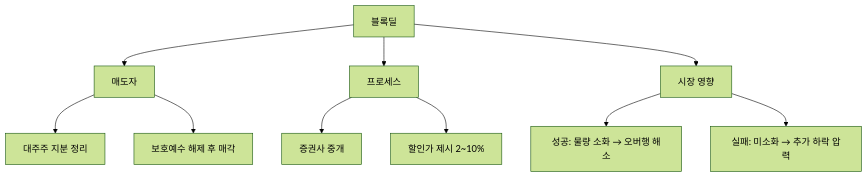
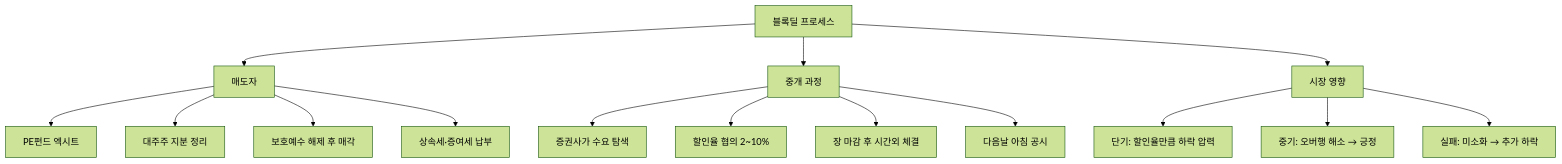
The diagram in content/stock-terms/ko/level-07-earnings/block-deal.md (yeongseon/stock-visual-note), drawn with Mermaid (forest theme) before and after one commit. The commit also changed other lines of this file and 9 other files, not shown here.

Commit message:
content: rewrite level-07 (10 articles) — richer diagrams, realistic scenarios, blog tone

````diff
--- a/content/stock-terms/ko/level-07-earnings/block-deal.md
+++ b/content/stock-terms/ko/level-07-earnings/block-deal.md
@@ -42,13 +41,18 @@
 ```mermaid
 graph TD
-    A["블록딜"]
+    A["블록딜 프로세스"]
     A --> B["매도자"]
-    A --> C["프로세스"]
+    A --> C["중개 과정"]
     A --> D["시장 영향"]
-    B --> B1["대주주 지분 정리"]
-    B --> B2["보호예수 해제 후 매각"]
-    C --> C1["증권사 중개"]
-    C --> C2["할인가 제시 2~10%"]
-    D --> D1["성공: 물량 소화 → 오버행 해소"]
-    D --> D2["실패: 미소화 → 추가 하락 압력"]
+    B --> B1["PE펀드 엑시트"]
+    B --> B2["대주주 지분 정리"]
+    B --> B3["보호예수 해제 후 매각"]
+    B --> B4["상속세·증여세 납부"]
+    C --> C1["증권사가 수요 탐색"]
+    C --> C2["할인율 협의 2~10%"]
+    C --> C3["장 마감 후 시간외 체결"]
+    C --> C4["다음날 아침 공시"]
+    D --> D1["단기: 할인율만큼 하락 압력"]
+    D --> D2["중기: 오버행 해소 → 긍정"]
+    D --> D3["실패: 미소화 → 추가 하락"]
 ```
````
